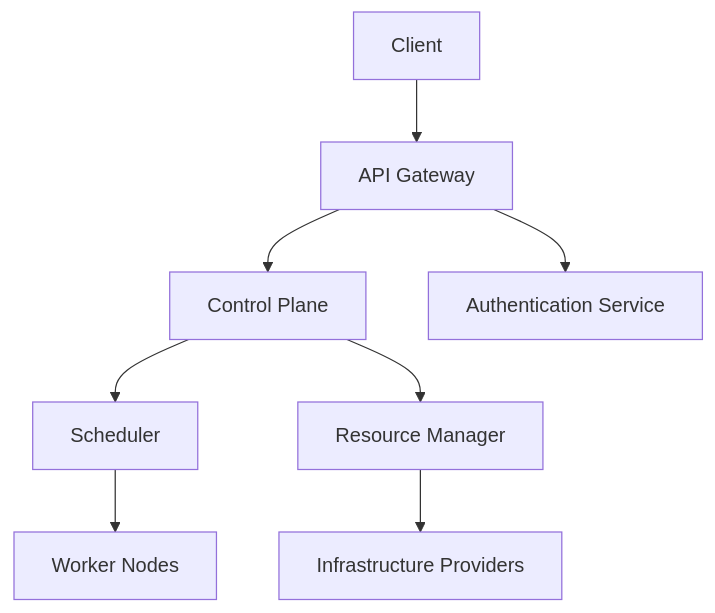
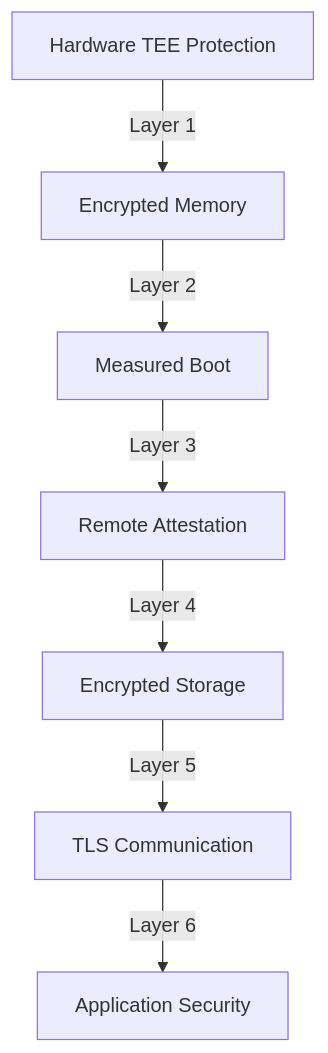
Before and after one commit to Dstack-TEE/dstack: the sixth of 6 diagrams in docs/concepts/architecture.mdx, drawn with Mermaid. The commit also changed other lines of this file and 19 other files, not shown here.

````diff
--- a/docs/concepts/architecture.mdx
+++ b/docs/concepts/architecture.mdx
@@ -14,10 +342,9 @@
 ```mermaid
 graph TD
-    A[Client] --> B[API Gateway]
-    B --> C[Control Plane]
-    B --> D[Authentication Service]
-    C --> E[Scheduler]
-    C --> F[Resource Manager]
-    E --> G[Worker Nodes]
-    F --> H[Infrastructure Providers]
+    A[Hardware TEE Protection] -->|Layer 1| B[Encrypted Memory]
+    B -->|Layer 2| C[Measured Boot]
+    C -->|Layer 3| D[Remote Attestation]
+    D -->|Layer 4| E[Encrypted Storage]
+    E -->|Layer 5| F[TLS Communication]
+    F -->|Layer 6| G[Application Security]
 ```
````
